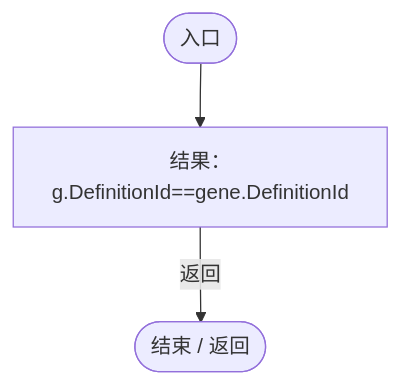
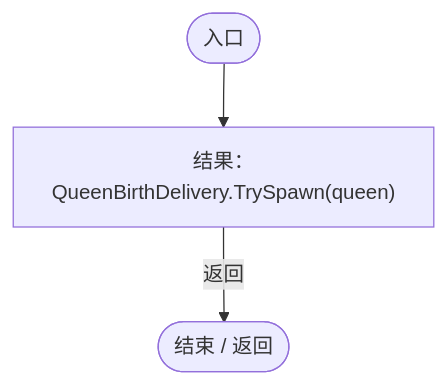
Before and after one commit to xhs6666/Darwin_paradise: the tenth of 11 diagrams in Docs/运行流程图/脚本/c22084eac4e522ed.md, drawn with Mermaid. The commit also changed other lines of this file and 227 other files, not shown here.

````diff
--- a/Docs/运行流程图/脚本/c22084eac4e522ed.md
+++ b/Docs/运行流程图/脚本/c22084eac4e522ed.md
@@ -449,9 +431,9 @@
 ```mermaid
 flowchart TD
   b0(["入口"])
-  b1["结果：g.DefinitionId==gene.DefinitionId"]
+  b1["结果：QueenBirthDelivery.TrySpawn(queen)"]
   b2(["结束 / 返回"])
   b0 --> b1
   b1 -->|"返回"| b2
 
 ```
````
